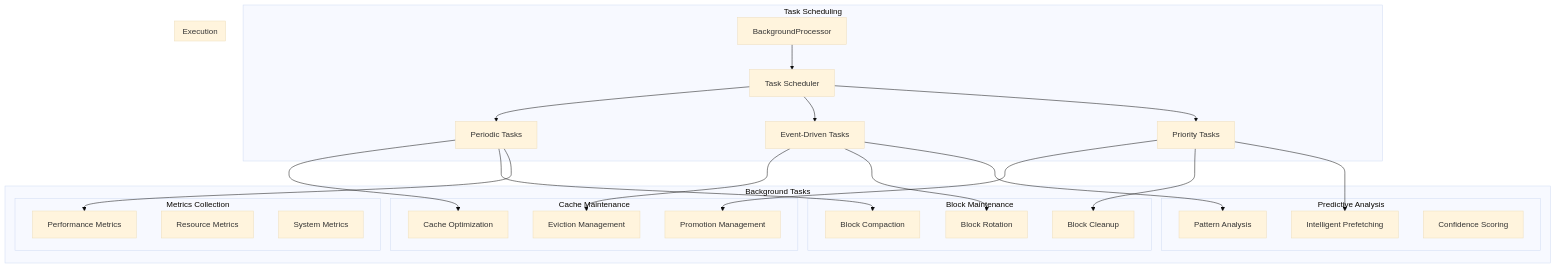
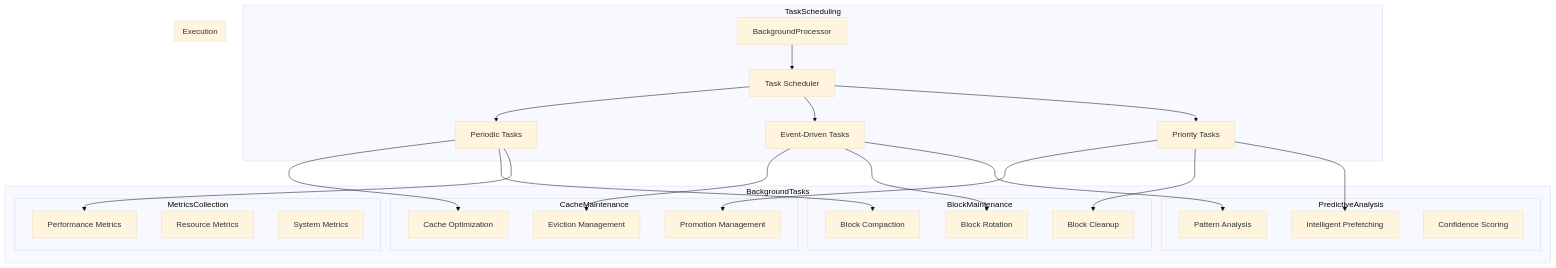
Before and after one commit to vobbilis/mytsdb: the ninth of 12 diagrams in diagrams.md, drawn with Mermaid (base theme). The commit also changed other lines of this file, not shown here.

Commit message:
Fix Mermaid syntax errors in diagrams.md - remove parentheses and spaces from subgraph names

````diff
--- a/diagrams.md
+++ b/diagrams.md
@@ -381,49 +381,49 @@
 ```mermaid
 graph TB
-    subgraph Background Tasks
-        subgraph Cache Maintenance
+    subgraph BackgroundTasks
+        subgraph CacheMaintenance
             CacheOptimization[Cache Optimization]
             EvictionManagement[Eviction Management]
             PromotionManagement[Promotion Management]
         end
         
-        subgraph Block Maintenance
+        subgraph BlockMaintenance
             BlockCompaction[Block Compaction]
             BlockRotation[Block Rotation]
             BlockCleanup[Block Cleanup]
         end
         
-        subgraph Metrics Collection
+        subgraph MetricsCollection
             PerformanceMetrics[Performance Metrics]
             ResourceMetrics[Resource Metrics]
             SystemMetrics[System Metrics]
         end
         
-        subgraph Predictive Analysis
+        subgraph PredictiveAnalysis
             PatternAnalysis[Pattern Analysis]
             Prefetching[Intelligent Prefetching]
             ConfidenceScoring[Confidence Scoring]
         end
     end
     
-    subgraph Task Scheduling
+    subgraph TaskScheduling
         BackgroundProcessor --> TaskScheduler[Task Scheduler]
         TaskScheduler --> PeriodicTasks[Periodic Tasks]
         TaskScheduler --> EventDrivenTasks[Event-Driven Tasks]
         TaskScheduler --> PriorityTasks[Priority Tasks]
     end
     
     subgraph Execution
         PeriodicTasks --> CacheOptimization
         PeriodicTasks --> BlockCompaction
         PeriodicTasks --> PerformanceMetrics
         
         EventDrivenTasks --> EvictionManagement
         EventDrivenTasks --> BlockRotation
         EventDrivenTasks --> PatternAnalysis
         
         PriorityTasks --> PromotionManagement
         PriorityTasks --> BlockCleanup
         PriorityTasks --> Prefetching
     end
 ```
````
